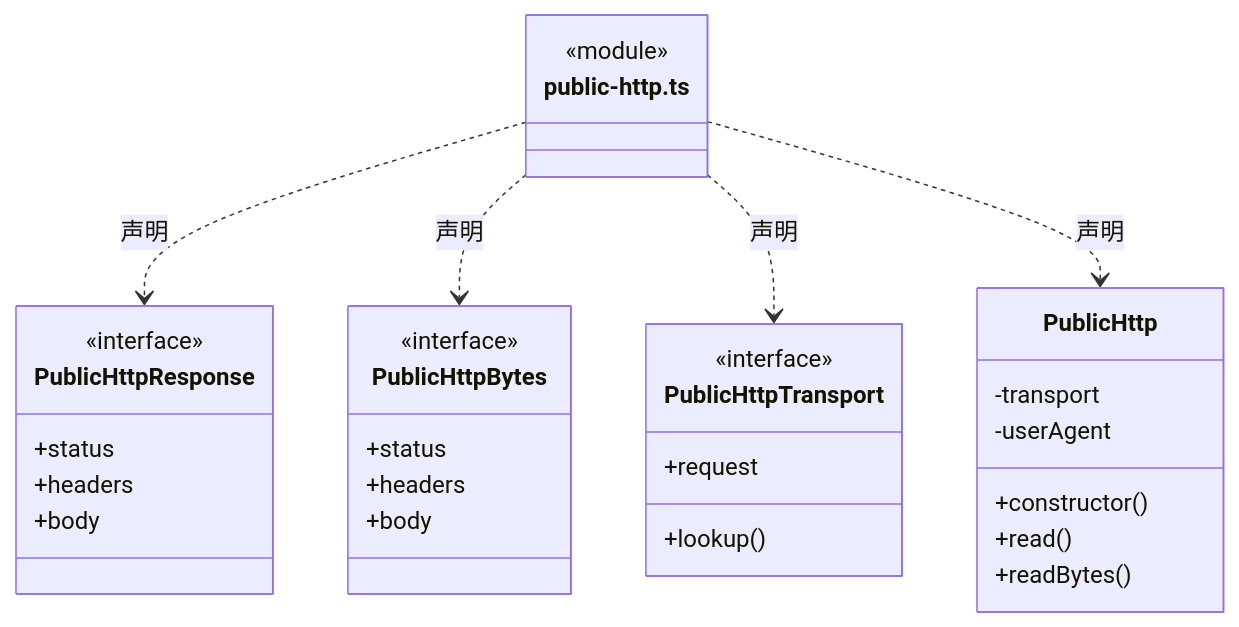
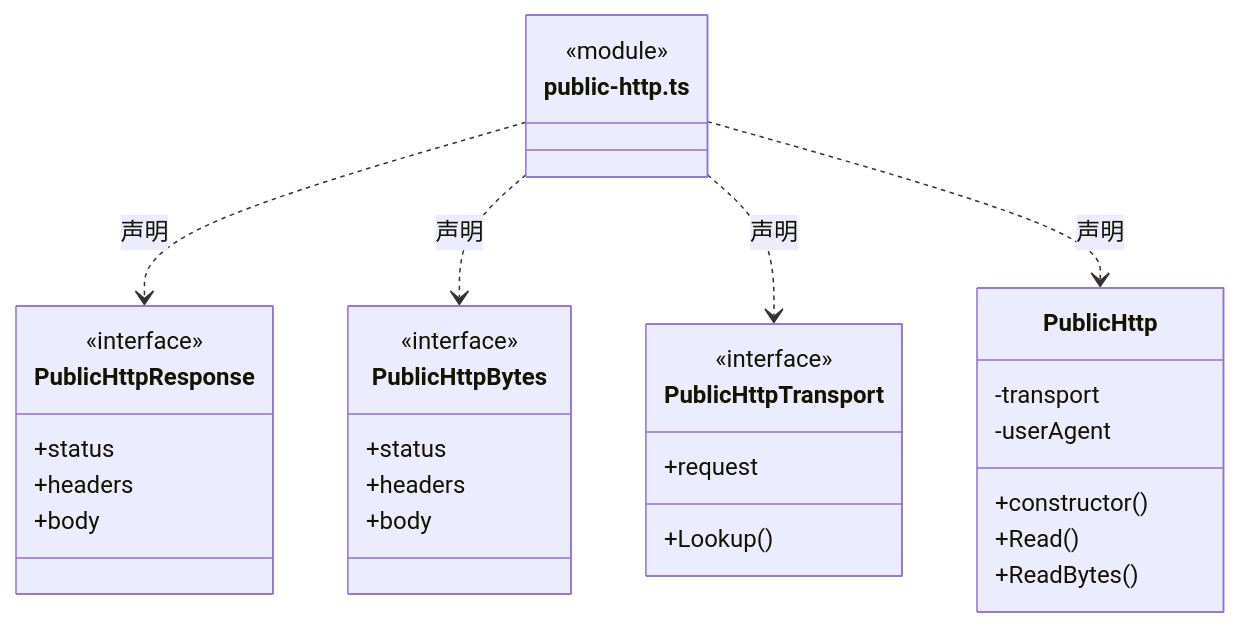
One commit to nan023062/cbim changed the sixth of 8 diagrams in src/core/platform/node/web/ARCHITECTURE.md. Above: the diagram before and after it, drawn with Mermaid. The commit also changed other lines of this file and 1035 other files, not shown here.

````diff
--- a/src/core/platform/node/web/ARCHITECTURE.md
+++ b/src/core/platform/node/web/ARCHITECTURE.md
@@ -97,34 +97,34 @@
 ```mermaid
 classDiagram
 class N_src_core_platform_node_web_public_http_ts["public-http.ts"] {
   <<module>>
 }
 class N_src_core_platform_node_web_public_http_ts_PublicHttpResponse["PublicHttpResponse"] {
   <<interface>>
   +status
   +headers
   +body
 }
 N_src_core_platform_node_web_public_http_ts ..> N_src_core_platform_node_web_public_http_ts_PublicHttpResponse : 声明
 class N_src_core_platform_node_web_public_http_ts_PublicHttpBytes["PublicHttpBytes"] {
   <<interface>>
   +status
   +headers
   +body
 }
 N_src_core_platform_node_web_public_http_ts ..> N_src_core_platform_node_web_public_http_ts_PublicHttpBytes : 声明
 class N_src_core_platform_node_web_public_http_ts_PublicHttpTransport["PublicHttpTransport"] {
   <<interface>>
-  +lookup()
+  +Lookup()
   +request
 }
 N_src_core_platform_node_web_public_http_ts ..> N_src_core_platform_node_web_public_http_ts_PublicHttpTransport : 声明
 class N_src_core_platform_node_web_public_http_ts_PublicHttp["PublicHttp"] {
   +constructor()
-  +read()
-  +readBytes()
+  +Read()
+  +ReadBytes()
   -transport
   -userAgent
 }
 N_src_core_platform_node_web_public_http_ts ..> N_src_core_platform_node_web_public_http_ts_PublicHttp : 声明
 ```
````
